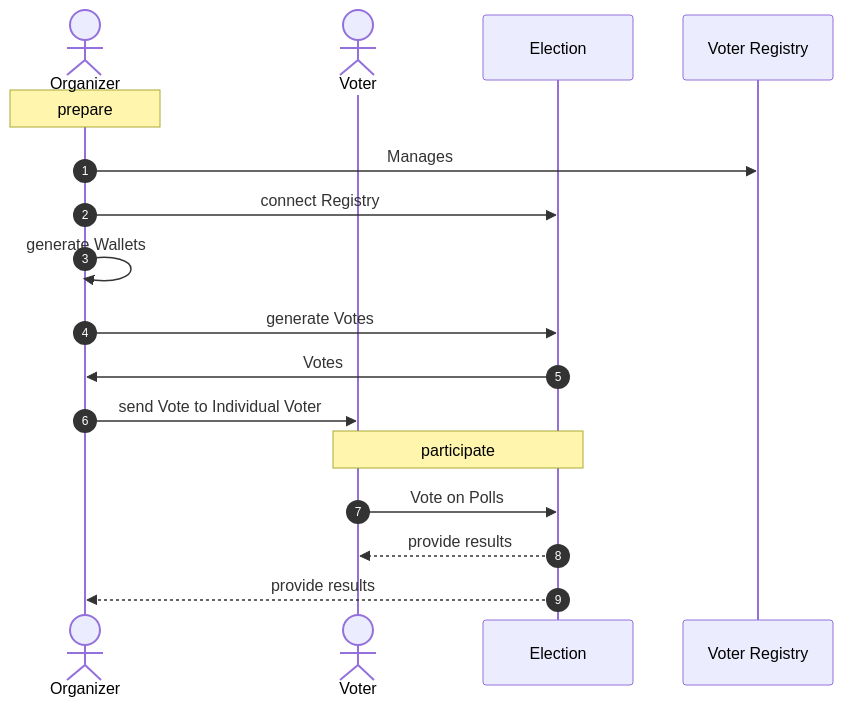
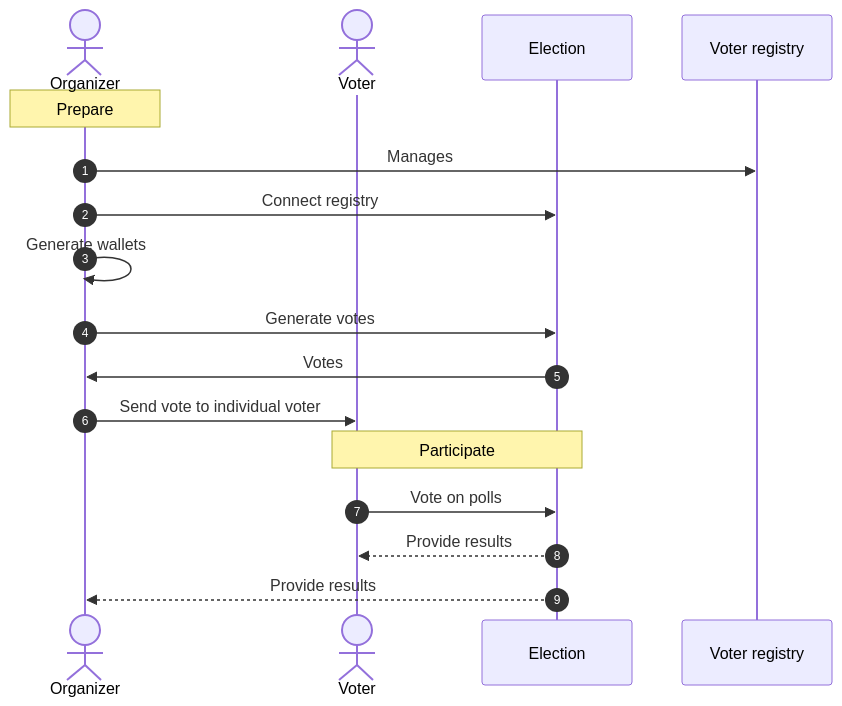
One commit to vechain/grant-program changed the second of 4 diagrams in applications/VOTEOS.md. Above: the diagram before and after it, drawn with Mermaid. The commit also changed other lines of this file, not shown here.

````diff
--- a/applications/VOTEOS.md
+++ b/applications/VOTEOS.md
@@ -93,19 +93,19 @@
 ```mermaid
 sequenceDiagram
     autonumber
     actor Organizer
     actor Voter
     participant Election
-    participant Voter Registry
-    Note over Organizer : prepare
-    Organizer->>Voter Registry: Manages
-    Organizer->>Election: connect Registry
-    Organizer->>Organizer: generate Wallets 
-    Organizer->>Election: generate Votes
+    participant Voter registry
+    Note over Organizer : Prepare
+    Organizer->>Voter registry: Manages
+    Organizer->>Election: Connect registry
+    Organizer->>Organizer: Generate wallets 
+    Organizer->>Election: Generate votes
     Election->>Organizer: Votes
-    Organizer->>Voter: send Vote to Individual Voter
-    Note over Voter,Election: participate
-    Voter->>Election: Vote on Polls
-    Election-->>Voter: provide results
-    Election-->>Organizer: provide results
+    Organizer->>Voter: Send vote to individual voter
+    Note over Voter,Election: Participate
+    Voter->>Election: Vote on polls
+    Election-->>Voter: Provide results
+    Election-->>Organizer: Provide results
 ```
````
